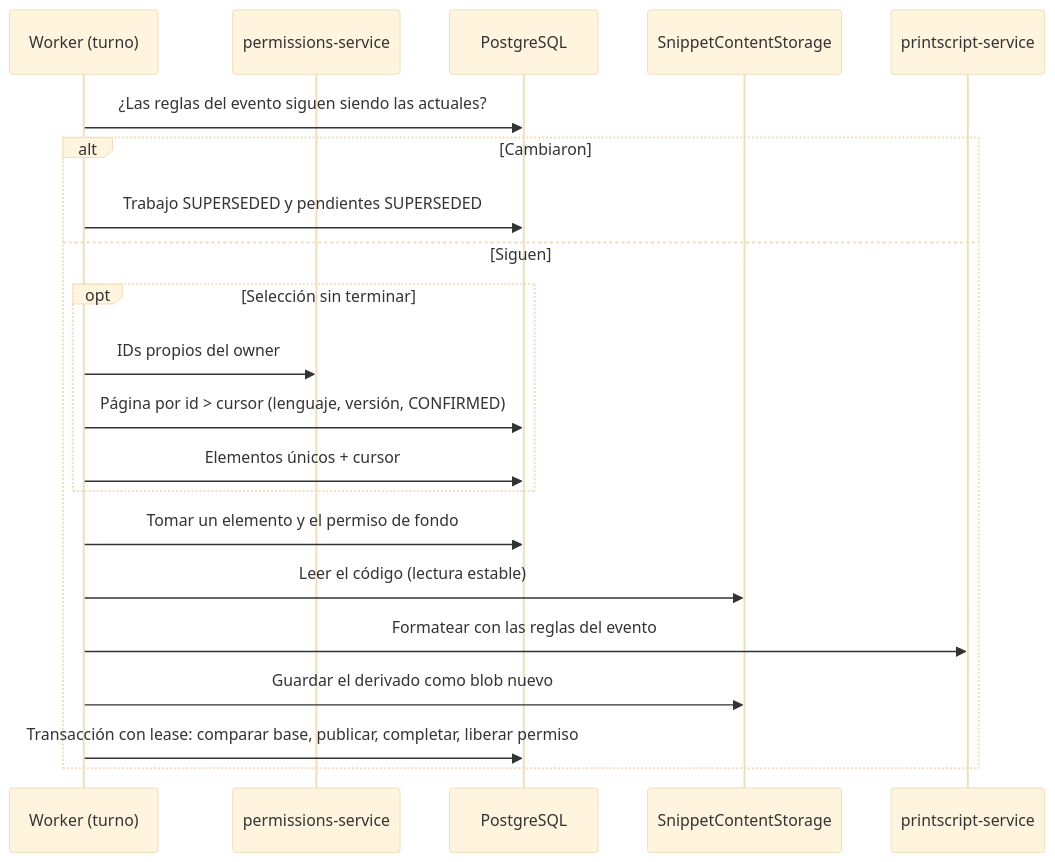
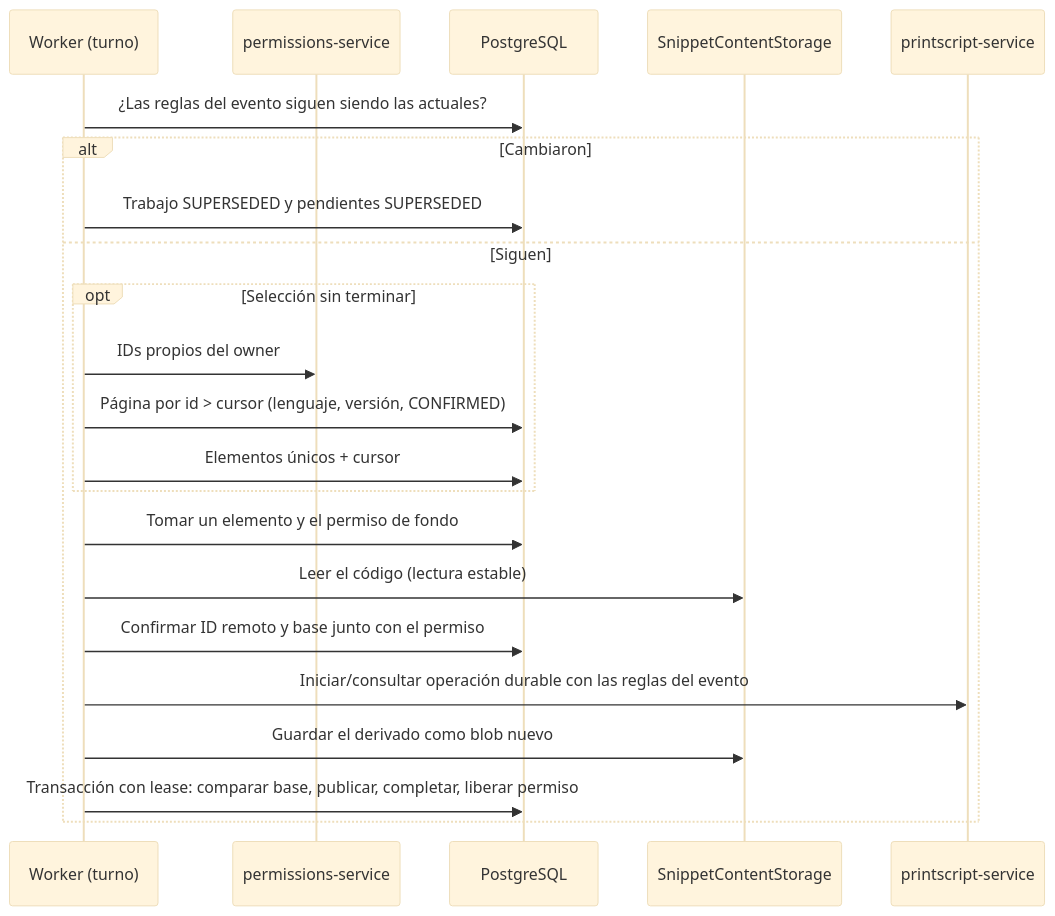
One commit to JJT-INGSIS/snippets-service changed the diagram in docs/formatting-reprocessing.md. Above: the diagram before and after it, drawn with Mermaid (base theme). The commit also changed other lines of this file and 26 other files, not shown here.

````diff
--- a/docs/formatting-reprocessing.md
+++ b/docs/formatting-reprocessing.md
@@ -31,24 +31,25 @@
 ```mermaid
 sequenceDiagram
     participant W as Worker (turno)
     participant P as permissions-service
     participant DB as PostgreSQL
     participant ST as SnippetContentStorage
     participant PS as printscript-service
 
     W->>DB: ¿Las reglas del evento siguen siendo las actuales?
     alt Cambiaron
         W->>DB: Trabajo SUPERSEDED y pendientes SUPERSEDED
     else Siguen
         opt Selección sin terminar
             W->>P: IDs propios del owner
             W->>DB: Página por id > cursor (lenguaje, versión, CONFIRMED)
             W->>DB: Elementos únicos + cursor
         end
         W->>DB: Tomar un elemento y el permiso de fondo
         W->>ST: Leer el código (lectura estable)
-        W->>PS: Formatear con las reglas del evento
+        W->>DB: Confirmar ID remoto y base junto con el permiso
+        W->>PS: Iniciar/consultar operación durable con las reglas del evento
         W->>ST: Guardar el derivado como blob nuevo
         W->>DB: Transacción con lease: comparar base, publicar, completar, liberar permiso
     end
 ```
````
